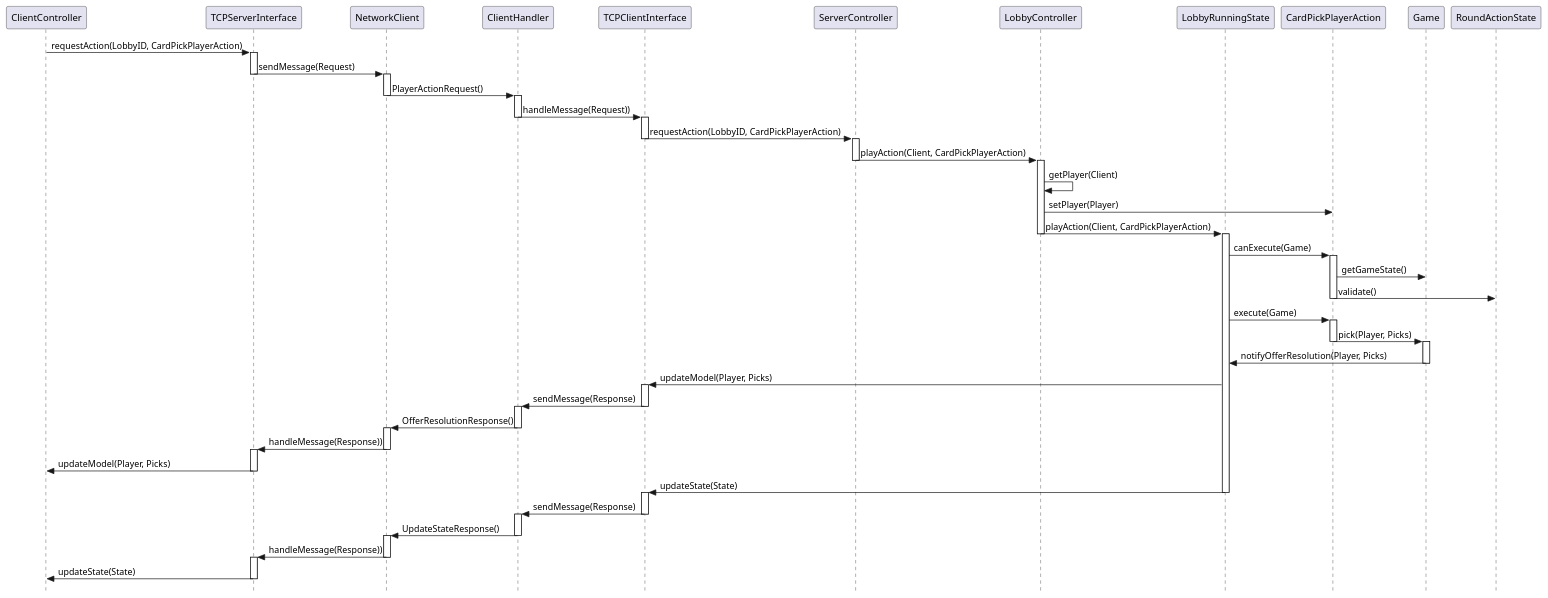
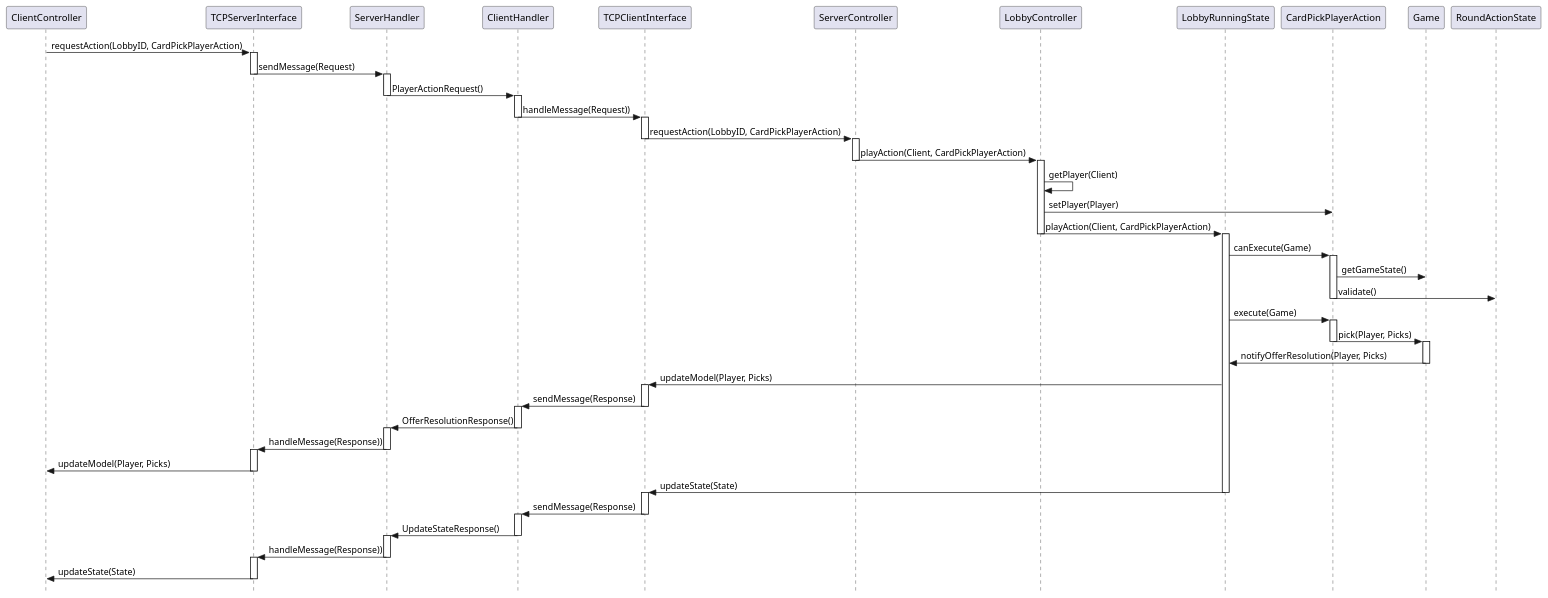
Before and after one commit to Teiyo22/ing-sw-2026-hu-hu-jin-jin: the diagram in uml/card_pick_tcp.puml, drawn with PlantUML. The commit also changed 2 other files, not shown here.

Commit message:
Updated sequence models for TCP

```diff
--- a/uml/card_pick_tcp.puml
+++ b/uml/card_pick_tcp.puml
@@ -1,106 +1,106 @@
 @startuml
 skinparam style strictuml
 
 participant ClientController
 participant TCPServerInterface
-participant NetworkClient
+participant ServerHandler
 participant ClientHandler
 participant TCPClientInterface
 participant ServerController
 participant LobbyController
 participant LobbyRunningState
 participant CardPickPlayerAction
 participant Game
 participant RoundActionState
 
 ClientController -> TCPServerInterface: requestAction(LobbyID, CardPickPlayerAction)
 
 activate TCPServerInterface
-TCPServerInterface -> NetworkClient: sendMessage(Request)
+TCPServerInterface -> ServerHandler: sendMessage(Request)
 deactivate TCPServerInterface
 
-activate NetworkClient
-NetworkClient -> ClientHandler: PlayerActionRequest()
-deactivate NetworkClient
+activate ServerHandler
+ServerHandler -> ClientHandler: PlayerActionRequest()
+deactivate ServerHandler
 
 activate ClientHandler
 ClientHandler -> TCPClientInterface: handleMessage(Request))
 deactivate ClientHandler
 
 activate TCPClientInterface
 TCPClientInterface -> ServerController: requestAction(LobbyID, CardPickPlayerAction)
 deactivate TCPClientInterface
 
 activate ServerController
 ServerController -> LobbyController: playAction(Client, CardPickPlayerAction)
 deactivate ServerController
 
 activate LobbyController
 LobbyController -> LobbyController: getPlayer(Client)
 LobbyController -> CardPickPlayerAction: setPlayer(Player)
 LobbyController -> LobbyRunningState: playAction(Client, CardPickPlayerAction)
 deactivate LobbyController
 
 activate LobbyRunningState
 LobbyRunningState -> CardPickPlayerAction: canExecute(Game)
 
 activate CardPickPlayerAction
 CardPickPlayerAction -> Game: getGameState()
 CardPickPlayerAction -> RoundActionState: validate()
 deactivate CardPickPlayerAction
 
 LobbyRunningState -> CardPickPlayerAction: execute(Game)
 
 activate CardPickPlayerAction
 CardPickPlayerAction -> Game: pick(Player, Picks)
 deactivate CardPickPlayerAction
 
 activate Game
 Game -> LobbyRunningState: notifyOfferResolution(Player, Picks)
 deactivate Game
 
 LobbyRunningState -> TCPClientInterface: updateModel(Player, Picks)
 
 activate TCPClientInterface
 TCPClientInterface -> ClientHandler: sendMessage(Response)
 deactivate TCPClientInterface
 
 activate ClientHandler
-ClientHandler -> NetworkClient: OfferResolutionResponse()
+ClientHandler -> ServerHandler: OfferResolutionResponse()
 deactivate ClientHandler
 
-activate NetworkClient
-NetworkClient -> TCPServerInterface: handleMessage(Response))
-deactivate NetworkClient
+activate ServerHandler
+ServerHandler -> TCPServerInterface: handleMessage(Response))
+deactivate ServerHandler
 
 activate TCPServerInterface
 TCPServerInterface -> ClientController: updateModel(Player, Picks)
 deactivate TCPServerInterface
 
 LobbyRunningState -> TCPClientInterface: updateState(State)
 deactivate LobbyRunningState
 
 activate TCPClientInterface
 TCPClientInterface -> ClientHandler: sendMessage(Response)
 deactivate TCPClientInterface
 
 activate ClientHandler
-ClientHandler -> NetworkClient: UpdateStateResponse()
+ClientHandler -> ServerHandler: UpdateStateResponse()
 deactivate ClientHandler
 
-activate NetworkClient
-NetworkClient -> TCPServerInterface: handleMessage(Response))
-deactivate NetworkClient
+activate ServerHandler
+ServerHandler -> TCPServerInterface: handleMessage(Response))
+deactivate ServerHandler
 
 activate TCPServerInterface
 TCPServerInterface -> ClientController: updateState(State)
 deactivate TCPServerInterface
 
 
 
 
 
 
 
 
 @enduml
```
